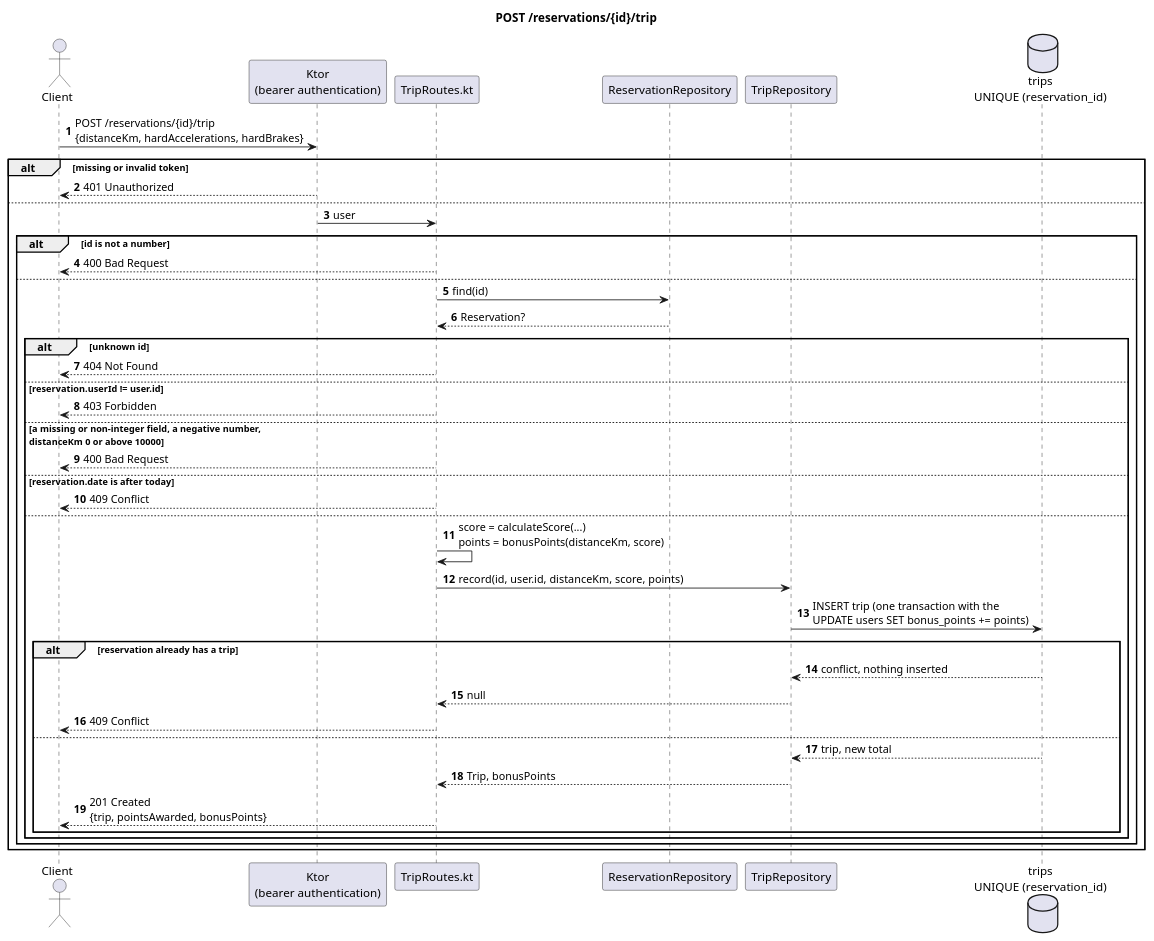
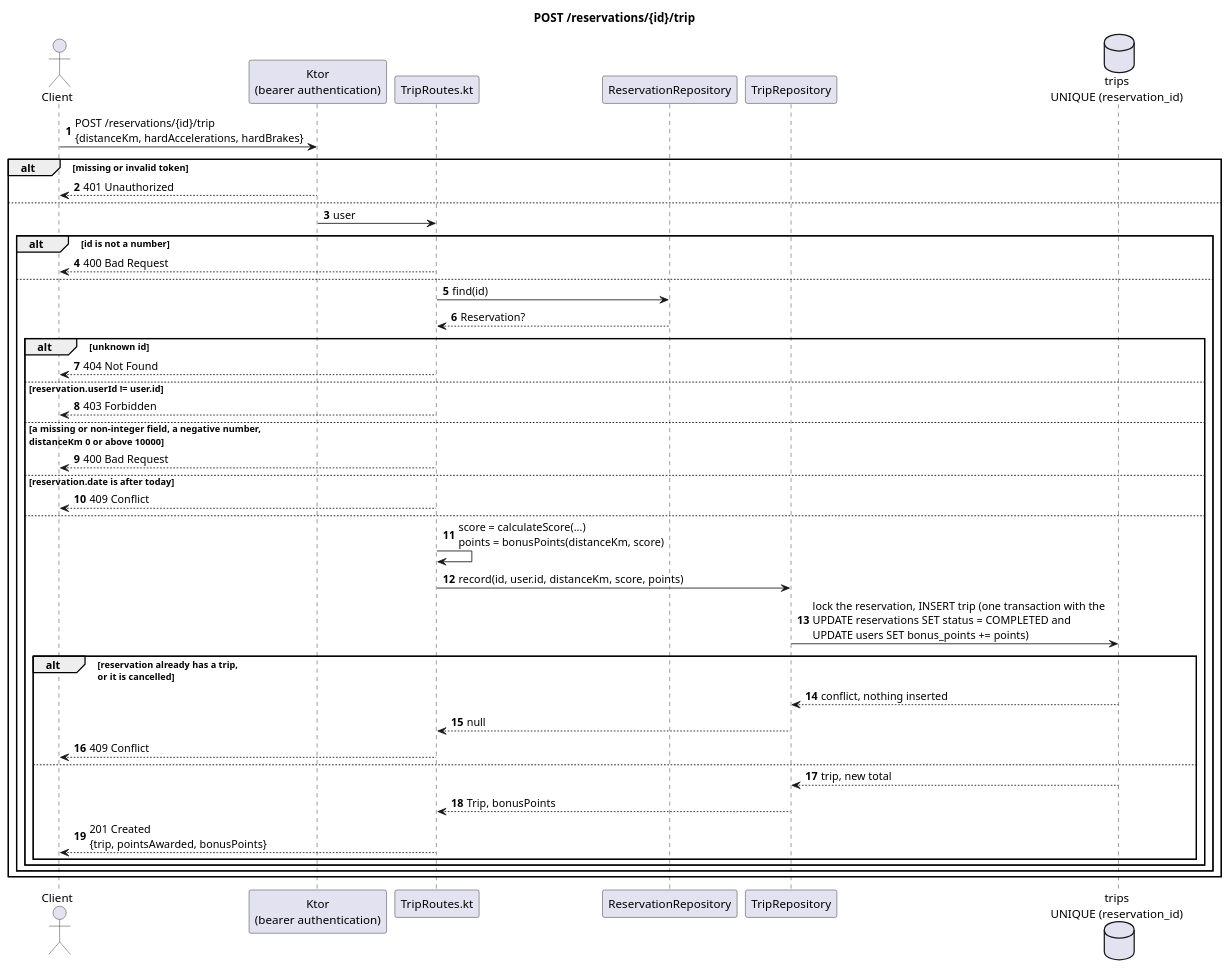
The diagram in docs/diagrams/sequence-record-trip.puml (Rent-a-car-38291/rent-a-car), drawn with PlantUML before and after one commit. The commit also changed 25 other files, not shown here.

First line of the commit message:
feat: give a reservation a status and list your reservations (#120)

```diff
--- a/docs/diagrams/sequence-record-trip.puml
+++ b/docs/diagrams/sequence-record-trip.puml
@@ -1,47 +1,47 @@
 @startuml
 title POST /reservations/{id}/trip
 autonumber
 
 actor Client
 participant "Ktor\n(bearer authentication)" as Auth
 participant "TripRoutes.kt" as Route
 participant "ReservationRepository" as Reservations
 participant "TripRepository" as Repo
 database "trips\nUNIQUE (reservation_id)" as Db
 
 Client -> Auth : POST /reservations/{id}/trip\n{distanceKm, hardAccelerations, hardBrakes}
 alt missing or invalid token
   Auth --> Client : 401 Unauthorized
 else
   Auth -> Route : user
   alt id is not a number
     Route --> Client : 400 Bad Request
   else
     Route -> Reservations : find(id)
     Reservations --> Route : Reservation?
     alt unknown id
       Route --> Client : 404 Not Found
     else reservation.userId != user.id
       Route --> Client : 403 Forbidden
     else a missing or non-integer field, a negative number,\ndistanceKm 0 or above 10000
       Route --> Client : 400 Bad Request
     else reservation.date is after today
       Route --> Client : 409 Conflict
     else
       Route -> Route : score = calculateScore(...)\npoints = bonusPoints(distanceKm, score)
       Route -> Repo : record(id, user.id, distanceKm, score, points)
-      Repo -> Db : INSERT trip (one transaction with the\nUPDATE users SET bonus_points += points)
-      alt reservation already has a trip
+      Repo -> Db : lock the reservation, INSERT trip (one transaction with the\nUPDATE reservations SET status = COMPLETED and\nUPDATE users SET bonus_points += points)
+      alt reservation already has a trip,\nor it is cancelled
         Db --> Repo : conflict, nothing inserted
         Repo --> Route : null
         Route --> Client : 409 Conflict
       else
         Db --> Repo : trip, new total
         Repo --> Route : Trip, bonusPoints
         Route --> Client : 201 Created\n{trip, pointsAwarded, bonusPoints}
       end
     end
   end
 end
 
 @enduml
```
